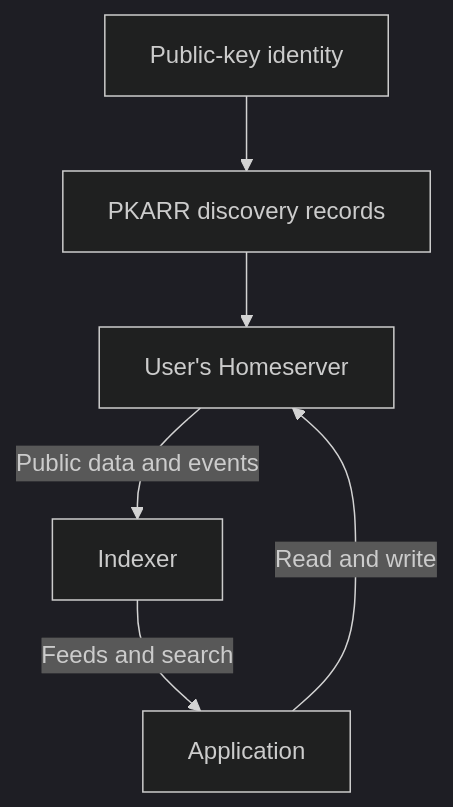
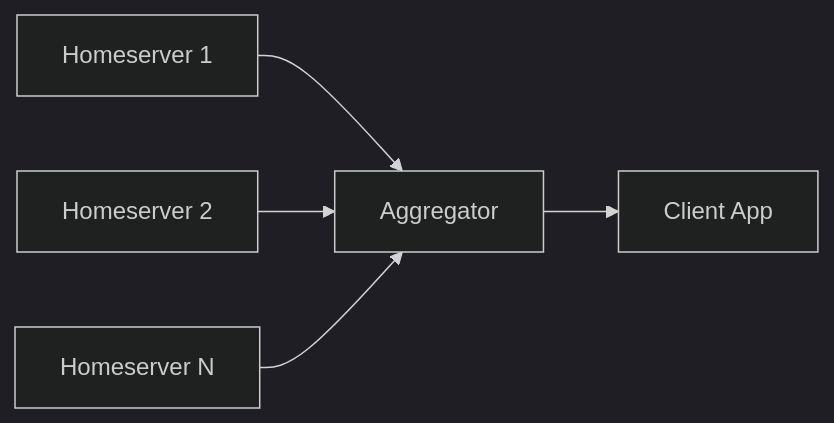
One commit to pubky/pubky-knowledge-base-v2 changed the fifth of 7 diagrams in src/content/docs/architecture.md. Above: the diagram before and after it, drawn with Mermaid (dark theme). The commit also changed other lines of this file, not shown here.

Commit message:
docs: restore architecture overview with a readable layer diagram

````diff
--- a/src/content/docs/architecture.md
+++ b/src/content/docs/architecture.md
@@ -7,8 +133,7 @@
 ```mermaid
-flowchart TD
-    Key[Public-key identity] --> Records[PKARR discovery records]
-    Records --> HS[User's Homeserver]
-    App[Application] -->|Read and write| HS
-    HS -->|Public data and events| Nexus[Indexer]
-    Nexus -->|Feeds and search| App
+flowchart LR
+    HS1[Homeserver 1] --> Agg[Aggregator]
+    HS2[Homeserver 2] --> Agg
+    HS3[Homeserver N] --> Agg
+    Agg --> Client[Client App]
 ```
````
